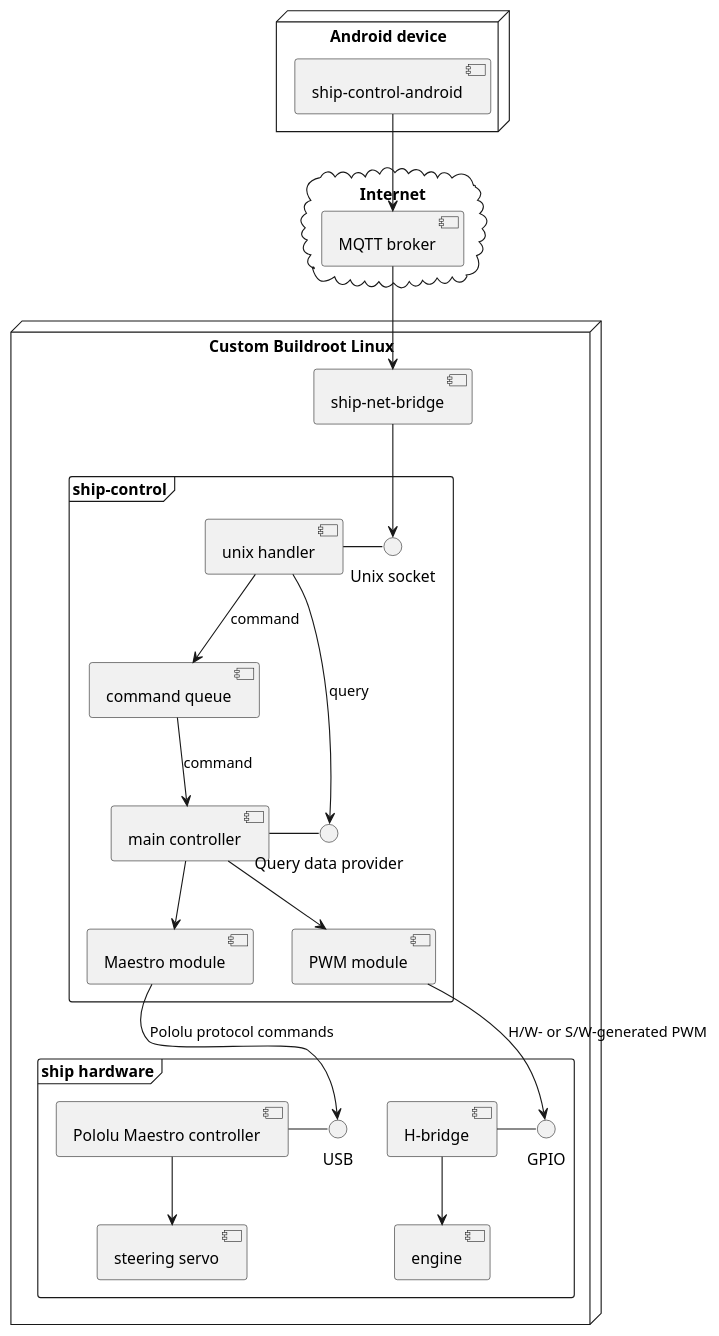
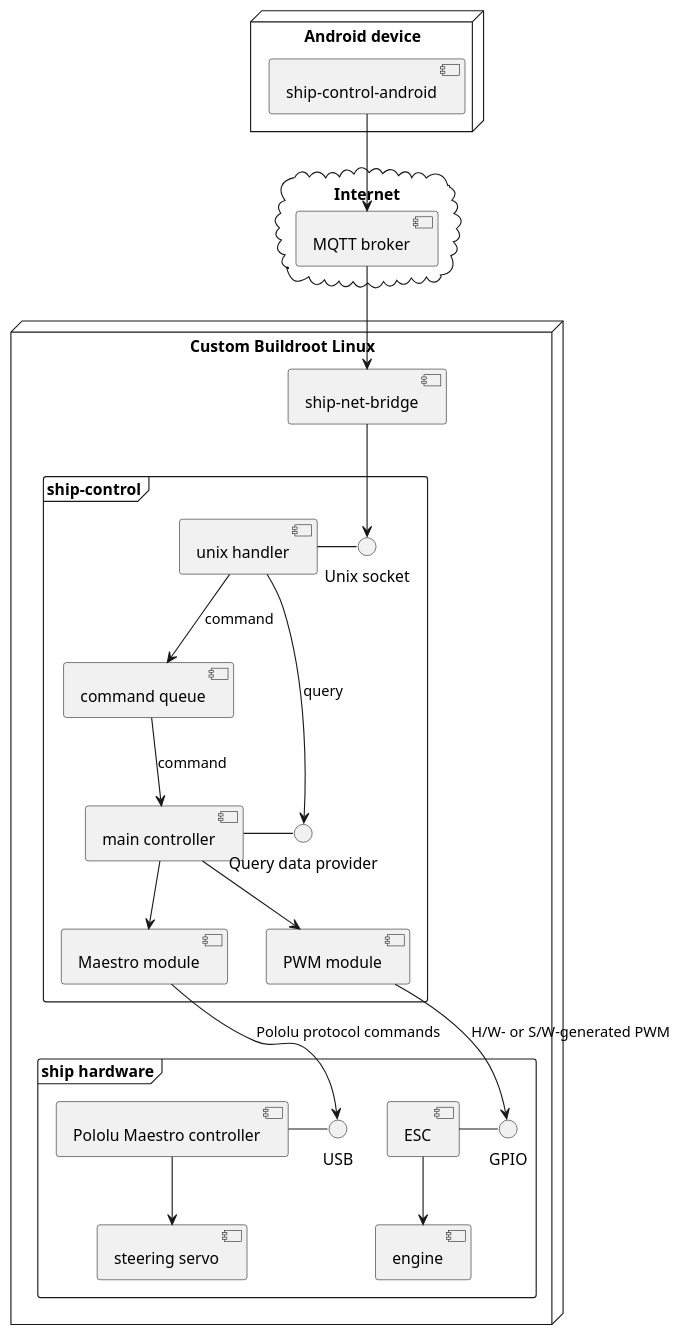
The diagram in doc/components.puml (MooseTheBrown/ship-control), drawn with PlantUML before and after one commit. The commit also changed 4 other files, not shown here.

Commit message:
Create README.md and architecture description

```diff
--- a/doc/components.puml
+++ b/doc/components.puml
@@ -1,38 +1,38 @@
 @startuml
 node "Android device" {
     [ship-control-android] as mobile
 }
 cloud "Internet" {
     [MQTT broker] as broker
 }
 
 node "Custom Buildroot Linux" {
     [ship-net-bridge] as bridge
     frame "ship-control" {
         () "Unix socket" as usock
         [unix handler] - usock
         bridge --> usock
         [unix handler] --> [command queue]: command
         [command queue] --> [main controller]: command
         () "Query data provider" as provider
         [main controller] - provider
         [main controller] --> [Maestro module]
         [main controller] --> [PWM module]
         [unix handler] --> provider: query
     }
     frame "ship hardware" {
         () "GPIO"
-        [H-bridge] - GPIO
-        [H-bridge] --> [engine]
+        [ESC] - GPIO
+        [ESC] --> [engine]
         () "USB"
         [Pololu Maestro controller] - "USB"
         [Pololu Maestro controller] --> [steering servo]
     }
 }
 
 mobile --> broker
 broker --> bridge
 [PWM module] --> "GPIO": H/W- or S/W-generated PWM
 [Maestro module] --> "USB": Pololu protocol commands
 
 @enduml
```
